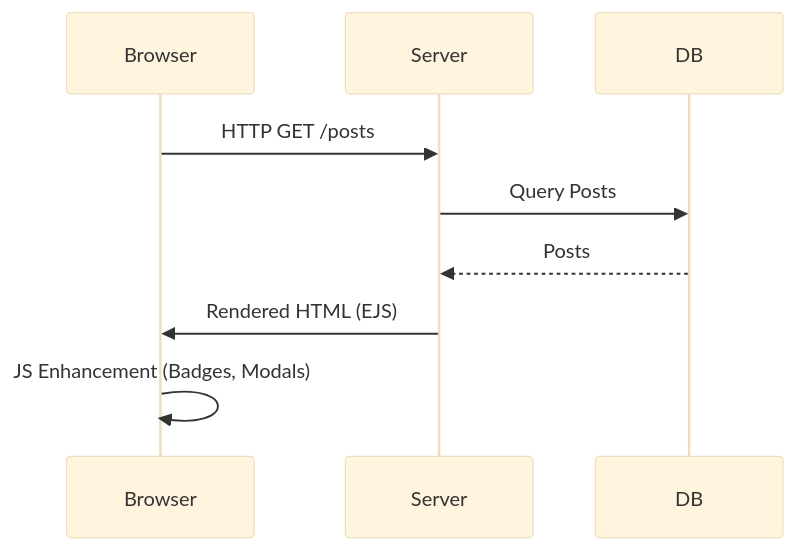
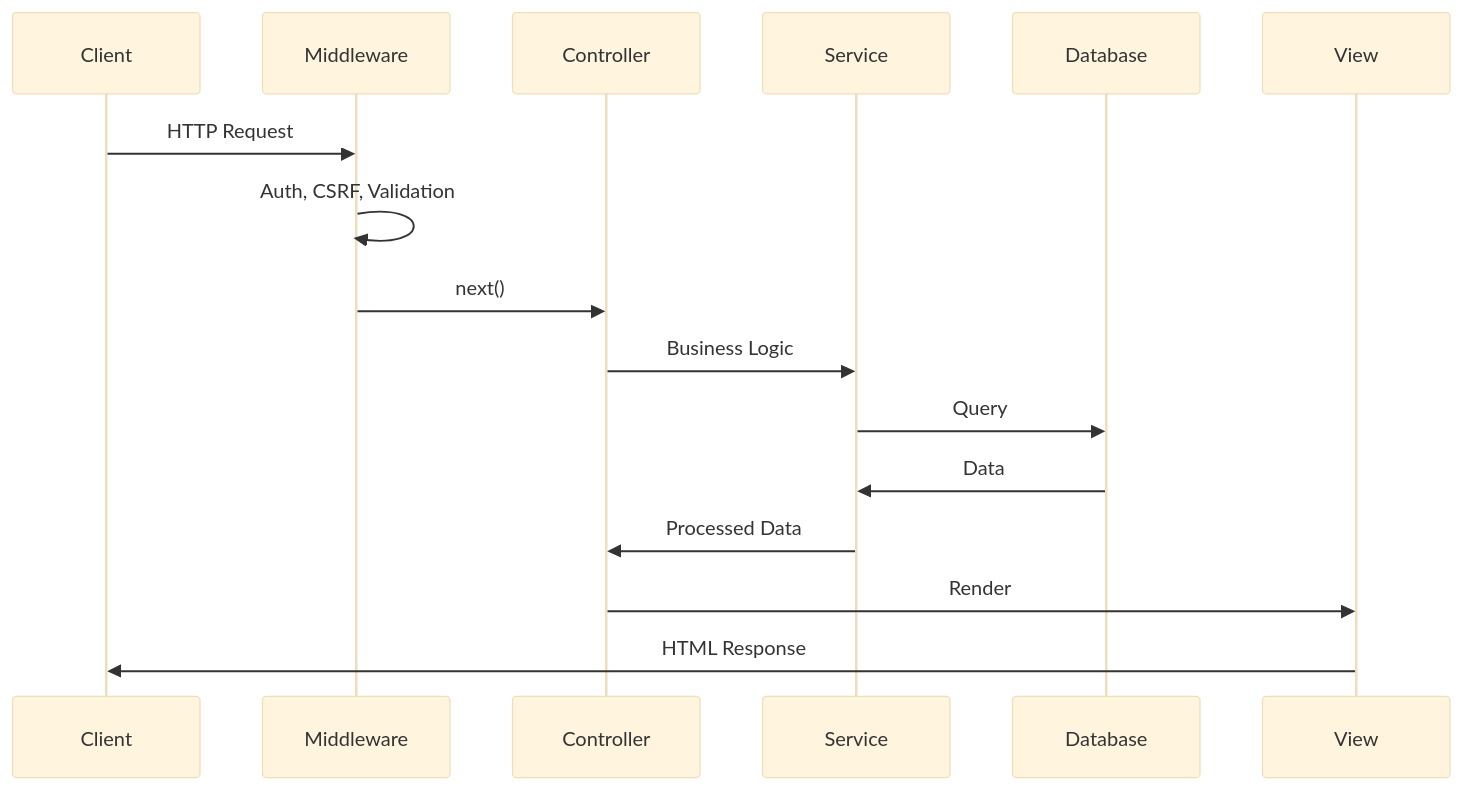
One commit to OneMillionthUsername/ExpressBlog changed the second of 2 diagrams in README.md. Above: the diagram before and after it, drawn with Mermaid (base theme). The commit also changed other lines of this file, not shown here.

````diff
--- a/README.md
+++ b/README.md
@@ -160,11 +471,19 @@
 ```mermaid
 sequenceDiagram
-  participant Browser
-  participant Server
-  participant DB
-  Browser->>Server: HTTP GET /posts
-  Server->>DB: Query Posts
-  DB-->>Server: Posts
-  Server->>Browser: Rendered HTML (EJS)
-  Browser->>Browser: JS Enhancement (Badges, Modals)
+    participant Client
+    participant Middleware
+    participant Controller
+    participant Service
+    participant Database
+    participant View
+    
+    Client->>Middleware: HTTP Request
+    Middleware->>Middleware: Auth, CSRF, Validation
+    Middleware->>Controller: next()
+    Controller->>Service: Business Logic
+    Service->>Database: Query
+    Database->>Service: Data
+    Service->>Controller: Processed Data
+    Controller->>View: Render
+    View->>Client: HTML Response
 ```
````
